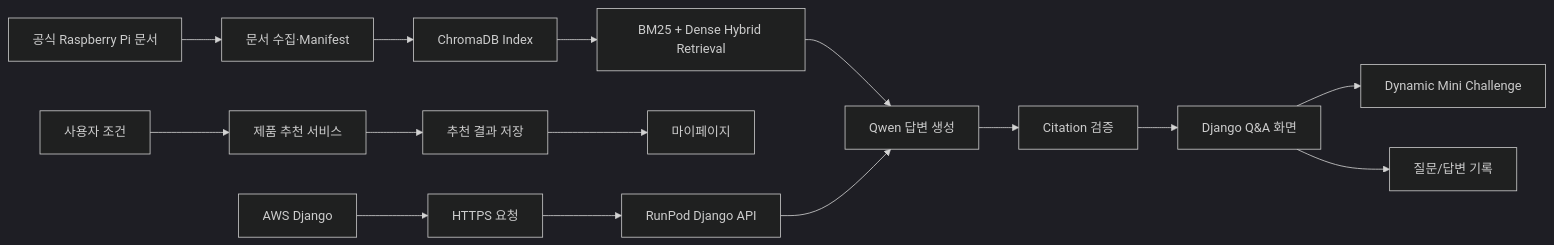
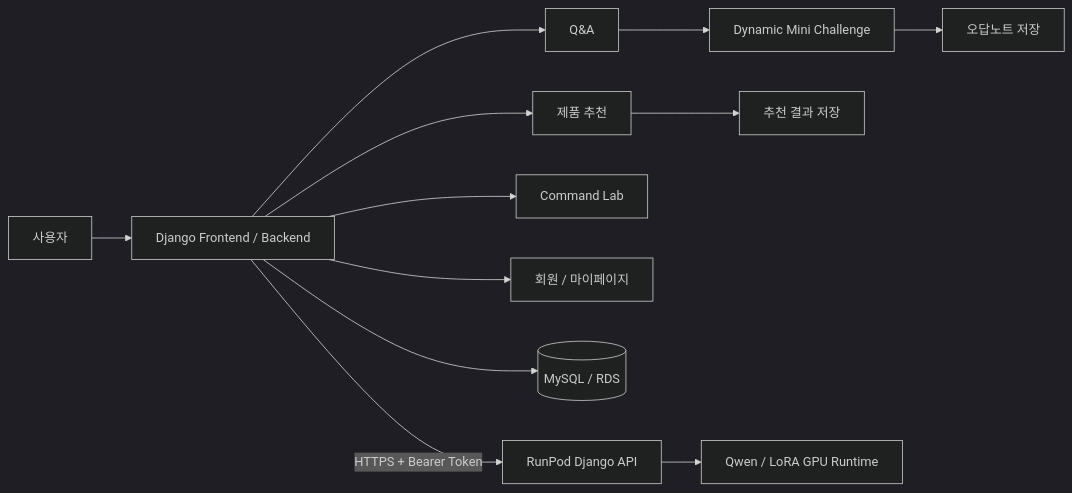
Before and after one commit to skn-33-Raspberry-Pi-Assistant-4th/skn_33_4th_5team: the first of 6 diagrams in docs/choejiheum-contributions.md, drawn with Mermaid (dark theme). The commit also changed other lines of this file and 3 other files, not shown here.

````diff
--- a/docs/choejiheum-contributions.md
+++ b/docs/choejiheum-contributions.md
@@ -39,20 +29,14 @@
 ```mermaid
 flowchart LR
-    A[공식 Raspberry Pi 문서] --> B[문서 수집·Manifest]
-    B --> C[ChromaDB Index]
-    C --> D[BM25 + Dense Hybrid Retrieval]
-    D --> E[Qwen 답변 생성]
-    E --> F[Citation 검증]
-    F --> G[Django Q&A 화면]
-
-    G --> H[Dynamic Mini Challenge]
-    G --> I[질문/답변 기록]
-
-    J[사용자 조건] --> K[제품 추천 서비스]
-    K --> L[추천 결과 저장]
-    L --> M[마이페이지]
-
-    N[AWS Django] --> O[HTTPS 요청]
-    O --> P[RunPod Django API]
-    P --> E
+    U[사용자] --> D[Django Frontend / Backend]
+    D --> Q[Q&A]
+    D --> R[제품 추천]
+    D --> C[Command Lab]
+    Q --> M[Dynamic Mini Challenge]
+    D --> A[회원 / 마이페이지]
+    R --> S[추천 결과 저장]
+    M --> W[오답노트 저장]
+    D --> DB[(MySQL / RDS)]
+    D -->|HTTPS + Bearer Token| P[RunPod Django API]
+    P --> G[Qwen / LoRA GPU Runtime]
 ```
````
